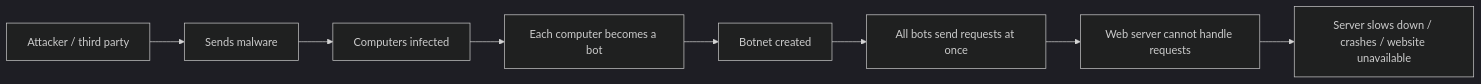
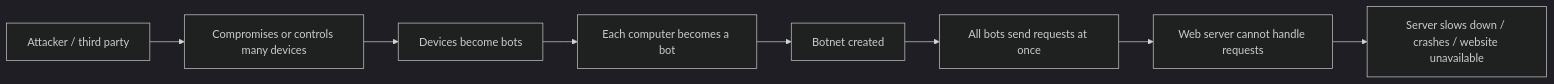
The fourth of 4 diagrams in ig-0478/chapter-5.md (whuang0428/cs-web-checklist), drawn with Mermaid (dark theme) before and after one commit. The commit also changed other lines of this file and 58 other files, not shown here.

````diff
--- a/ig-0478/chapter-5.md
+++ b/ig-0478/chapter-5.md
@@ -364,10 +364,10 @@
 ```mermaid
 flowchart LR
-A[Attacker / third party] --> B[Sends malware]
-B --> C[Computers infected]
+A[Attacker / third party] --> B[Compromises or controls many devices]
+B --> C[Devices become bots]
 C --> D[Each computer becomes a bot]
 D --> E[Botnet created]
 E --> F[All bots send requests at once]
 F --> G[Web server cannot handle requests]
 G --> H[Server slows down / crashes / website unavailable]
 ```
````
